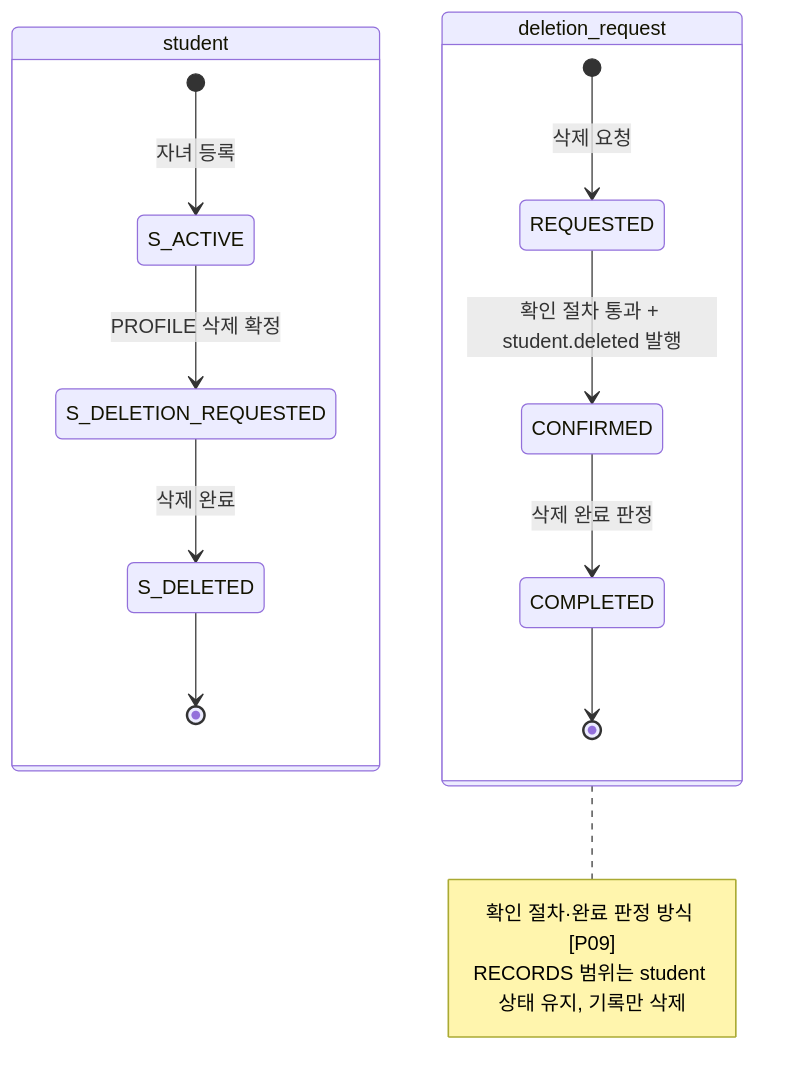
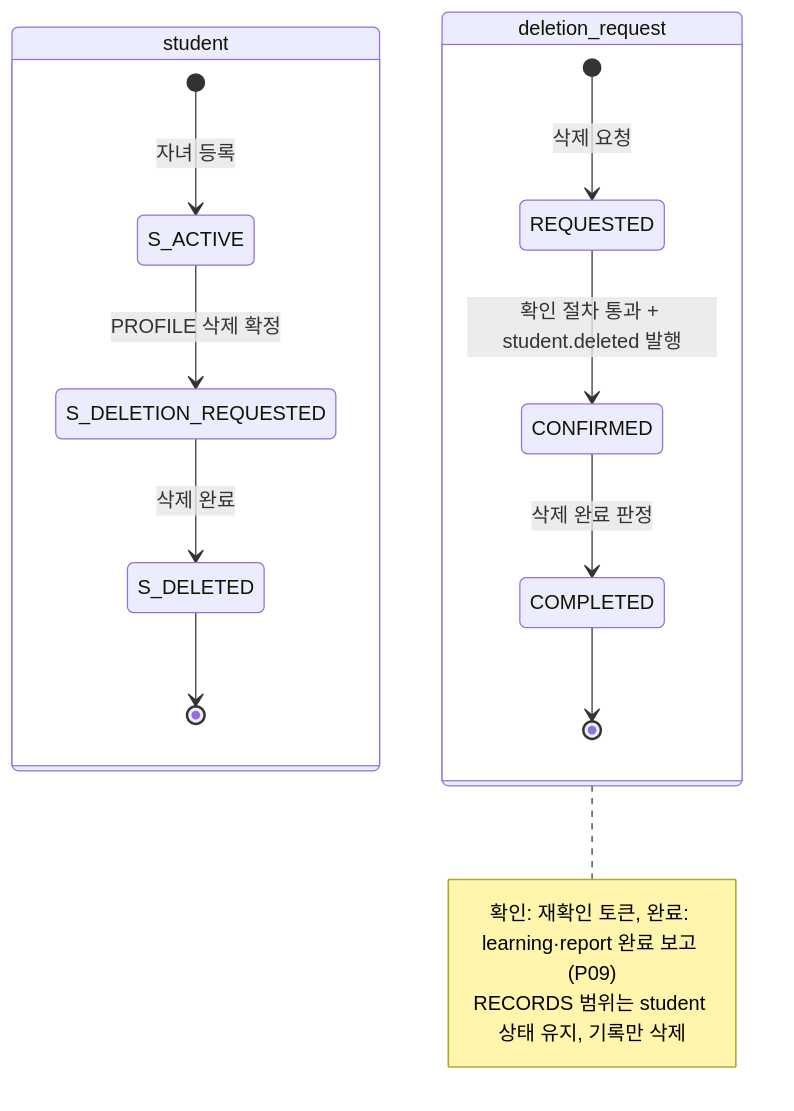
Before and after one commit to SKNETWORKS-FAMILY-AICAMP/SKN34-FINAL-3TEAM: the second of 17 diagrams in docs/design/state-diagram.md, drawn with Mermaid. The commit also changed other lines of this file and 7 other files, not shown here.

````diff
--- a/docs/design/state-diagram.md
+++ b/docs/design/state-diagram.md
@@ -47,19 +47,19 @@
 ```mermaid
 stateDiagram-v2
   state student {
     [*] --> S_ACTIVE: 자녀 등록
     S_ACTIVE --> S_DELETION_REQUESTED: PROFILE 삭제 확정
     S_DELETION_REQUESTED --> S_DELETED: 삭제 완료
     S_DELETED --> [*]
   }
   state deletion_request {
     [*] --> REQUESTED: 삭제 요청
     REQUESTED --> CONFIRMED: 확인 절차 통과 + student.deleted 발행
     CONFIRMED --> COMPLETED: 삭제 완료 판정
     COMPLETED --> [*]
   }
   note right of deletion_request
-    확인 절차·완료 판정 방식 [P09]
+    확인: 재확인 토큰, 완료: learning·report 완료 보고 (P09)
     RECORDS 범위는 student 상태 유지, 기록만 삭제
   end note
 ```
````
